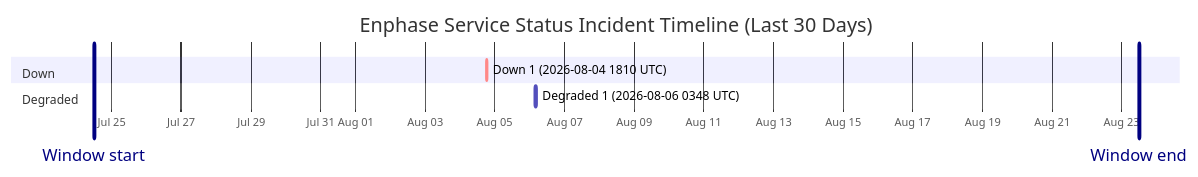
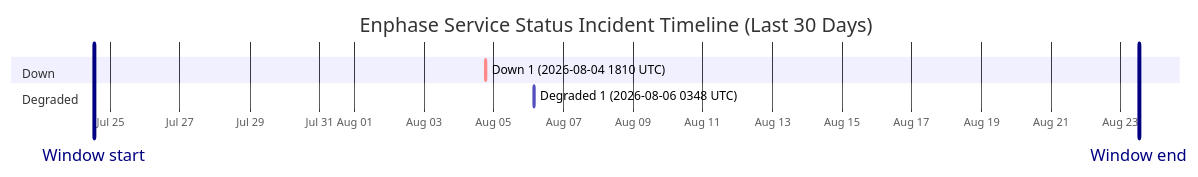
One commit to barneyonline/ha-enphase-energy changed the diagram in wiki/Service-Status-History.md. Above: the diagram before and after it, drawn with Mermaid. The commit also changed other lines of this file and 3 other files, not shown here.

````diff
--- a/wiki/Service-Status-History.md
+++ b/wiki/Service-Status-History.md
@@ -14,12 +14,12 @@
 ```mermaid
 gantt
     title Enphase Service Status Incident Timeline (Last 30 Days)
     dateFormat  YYYY-MM-DDTHH:mm:ss
     axisFormat  %b %d
-    Window start :vert, window-start, 2026-07-24T11:44:55, 0ms
-    Window end :vert, window-end, 2026-08-23T11:44:55, 0ms
+    Window start :vert, window-start, 2026-07-24T12:35:37, 0ms
+    Window end :vert, window-end, 2026-08-23T12:35:37, 0ms
     section Down
     Down 1 (2026-08-04 1810 UTC) :crit, down-1, 2026-08-04T18:10:46, 60m
     section Degraded
     Degraded 1 (2026-08-06 0348 UTC) :active, degraded-1, 2026-08-06T03:48:14, 60m
 ```
````
